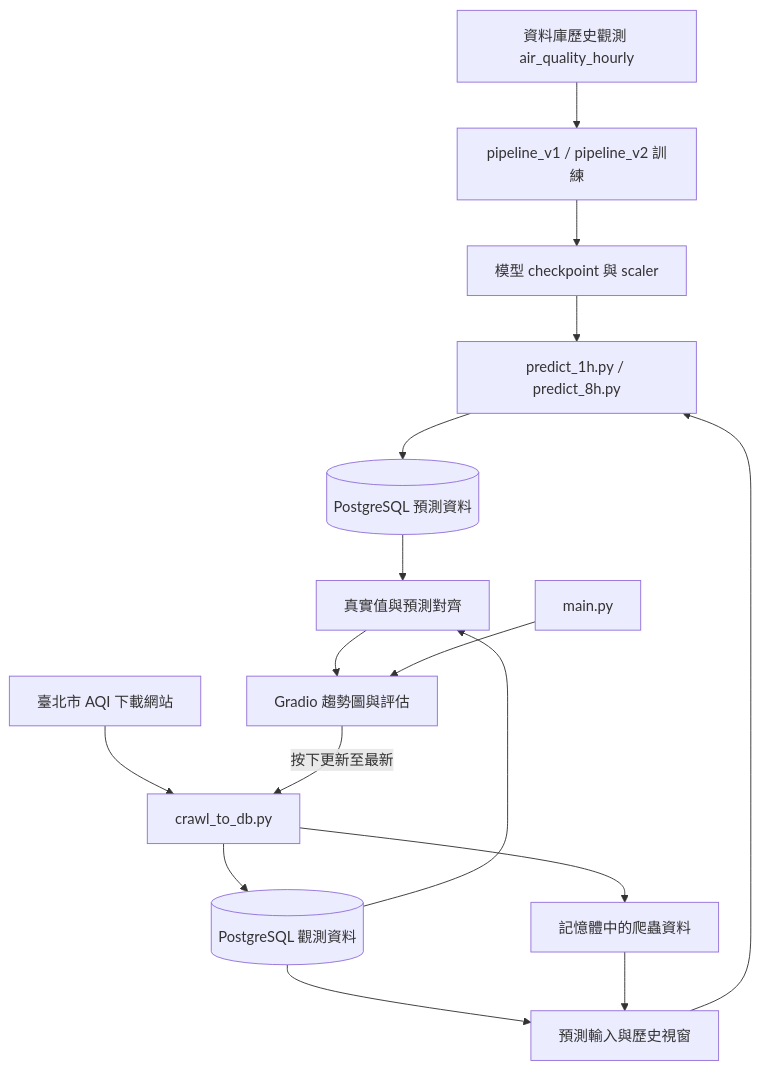
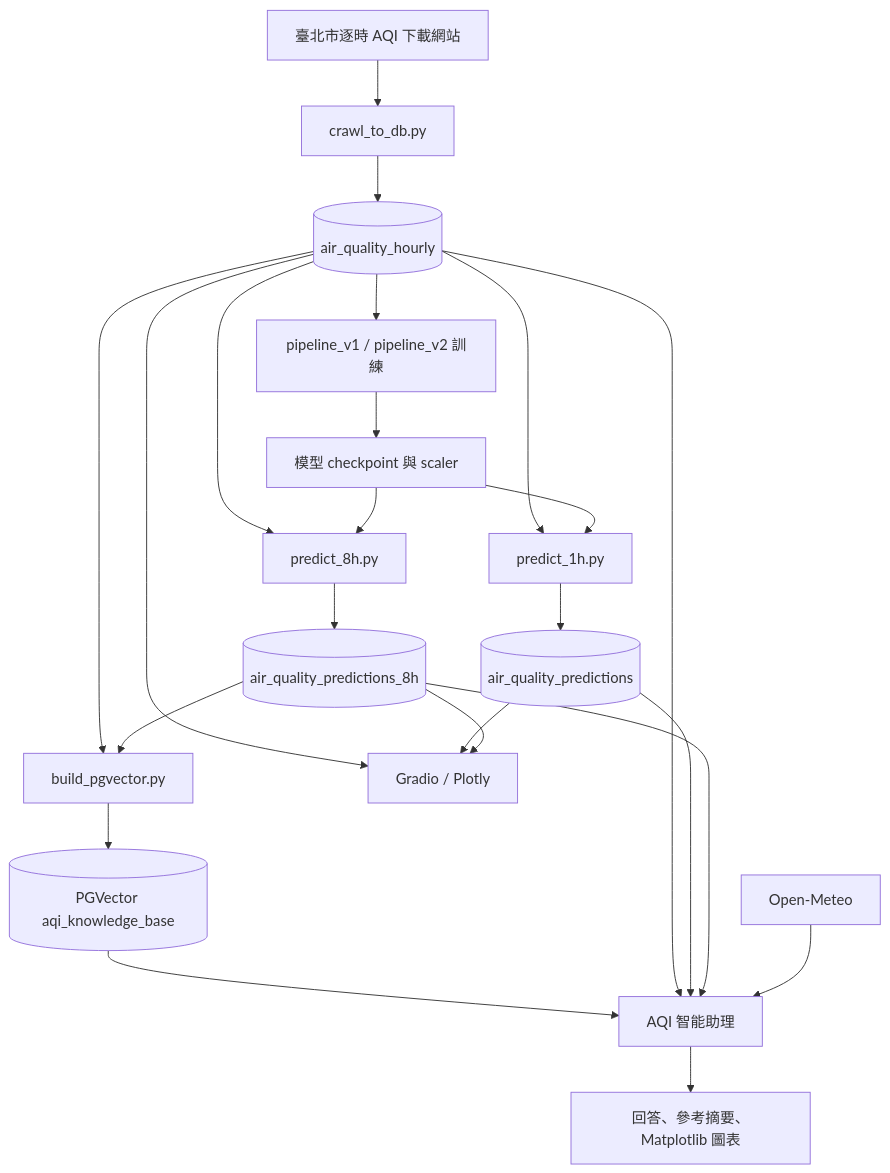
One commit to jonwang5150/AQI_Prediction_System changed the diagram in README.md. Above: the diagram before and after it, drawn with Mermaid. The commit also changed other lines of this file, not shown here.

````diff
--- a/README.md
+++ b/README.md
@@ -35,18 +37,25 @@
 ```mermaid
 flowchart TD
-    A[資料庫歷史觀測 air_quality_hourly] --> B[pipeline_v1 / pipeline_v2 訓練]
-    B --> C[模型 checkpoint 與 scaler]
-    D[臺北市 AQI 下載網站] --> E[crawl_to_db.py]
-    E --> F[(PostgreSQL 觀測資料)]
-    E --> G[記憶體中的爬蟲資料]
-    F --> H[預測輸入與歷史視窗]
-    G --> H
-    C --> I[predict_1h.py / predict_8h.py]
-    H --> I
-    I --> J[(PostgreSQL 預測資料)]
-    F --> K[真實值與預測對齊]
-    J --> K
-    K --> L[Gradio 趨勢圖與評估]
-    M[main.py] --> L
-    L -->|按下更新至最新| E
+    A[臺北市逐時 AQI 下載網站] --> B[crawl_to_db.py]
+    B --> C[(air_quality_hourly)]
+    C --> D[pipeline_v1 / pipeline_v2 訓練]
+    D --> E[模型 checkpoint 與 scaler]
+    C --> F[predict_1h.py]
+    C --> G[predict_8h.py]
+    E --> F
+    E --> G
+    F --> H[(air_quality_predictions)]
+    G --> I[(air_quality_predictions_8h)]
+    C --> J[build_pgvector.py]
+    I --> J
+    J --> K[(PGVector aqi_knowledge_base)]
+    C --> L[Gradio / Plotly]
+    H --> L
+    I --> L
+    K --> M[AQI 智能助理]
+    C --> M
+    H --> M
+    I --> M
+    N[Open-Meteo] --> M
+    M --> O[回答、參考摘要、Matplotlib 圖表]
 ```
````
